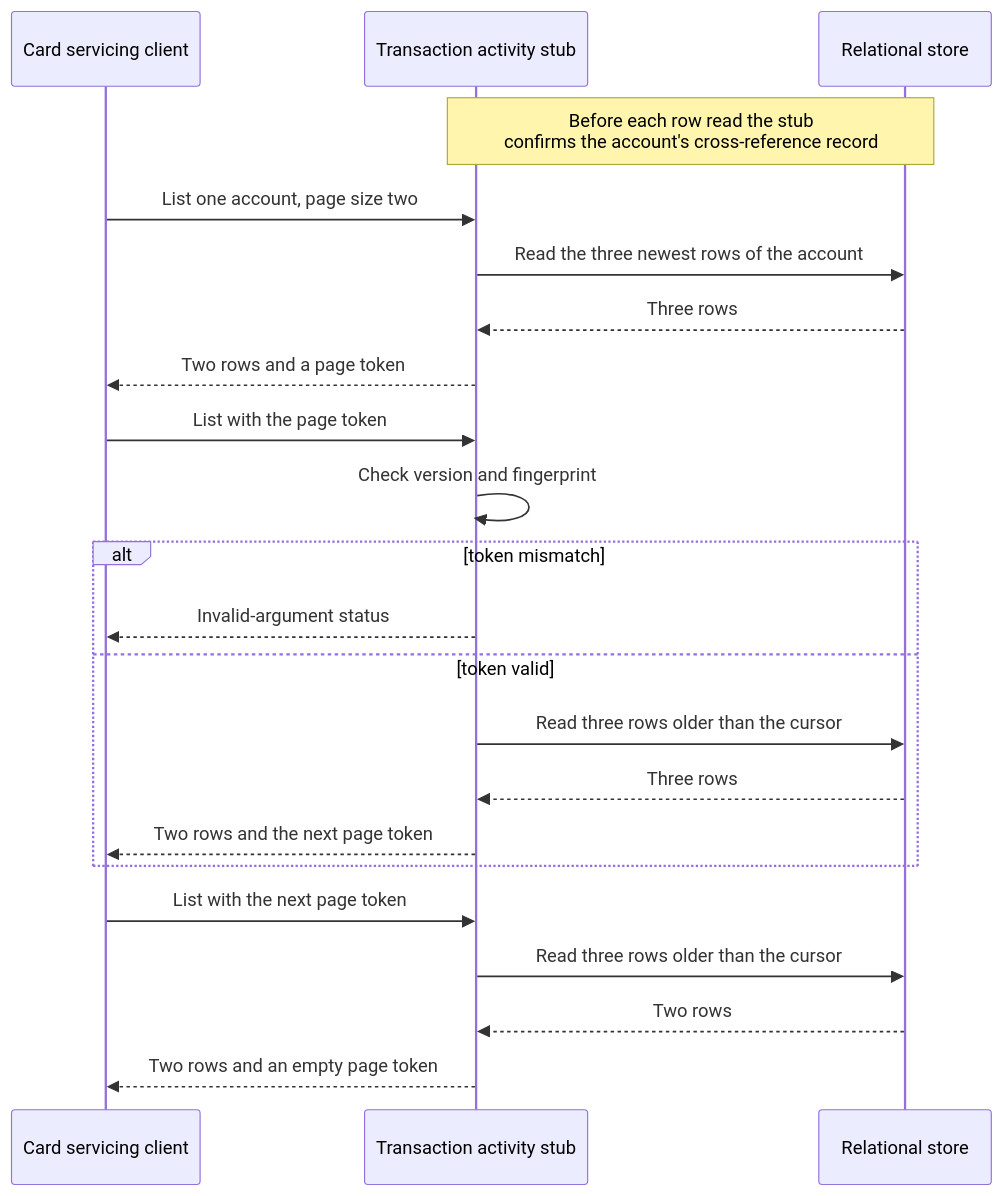
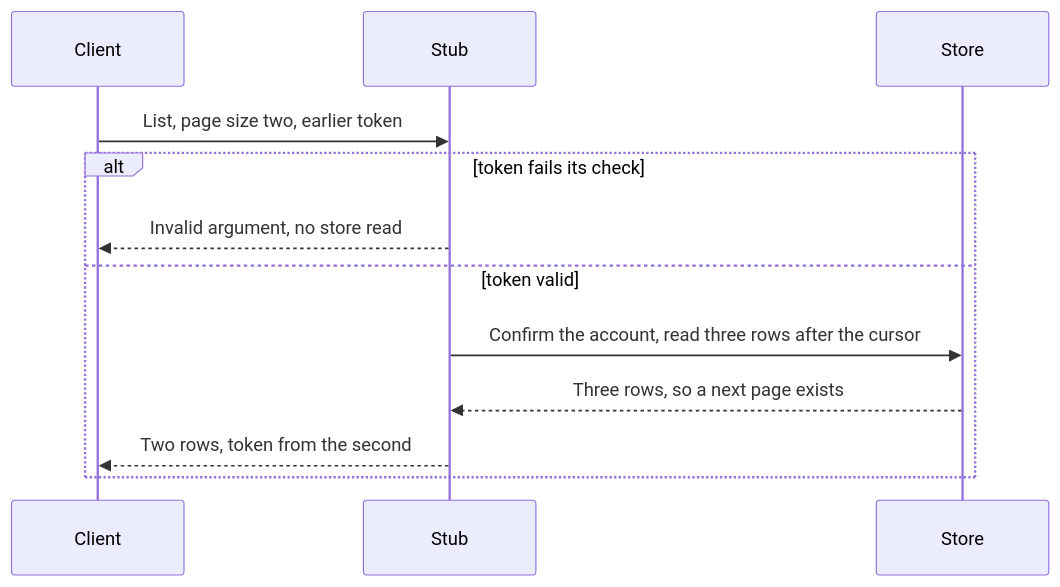
Before and after one commit to blitzy-public-samples/aws-carddemo-blitzy: the diagram in docs/backlog/epics/CS-10-transaction-activity-integration/stories/CS-10-004-transaction-activity-stub-transaction-listing-with-keyset-paging.md, drawn with Mermaid. The commit also changed other lines of this file and 4 other files, not shown here.

````diff
--- a/docs/backlog/epics/CS-10-transaction-activity-integration/stories/CS-10-004-transaction-activity-stub-transaction-listing-with-keyset-paging.md
+++ b/docs/backlog/epics/CS-10-transaction-activity-integration/stories/CS-10-004-transaction-activity-stub-transaction-listing-with-keyset-paging.md
@@ -121,24 +125,11 @@
 ```mermaid
 sequenceDiagram
-    participant Client as Card servicing client
-    participant Stub as Transaction activity stub
-    participant Store as Relational store
-    Note over Stub,Store: Before each row read the stub<br/>confirms the account's cross-reference record
-    Client->>Stub: List one account, page size two
-    Stub->>Store: Read the three newest rows of the account
-    Store-->>Stub: Three rows
-    Stub-->>Client: Two rows and a page token
-    Client->>Stub: List with the page token
-    Stub->>Stub: Check version and fingerprint
-    alt token mismatch
-        Stub-->>Client: Invalid-argument status
+    Client->>Stub: List, page size two, earlier token
+    alt token fails its check
+        Stub-->>Client: Invalid argument, no store read
     else token valid
-        Stub->>Store: Read three rows older than the cursor
-        Store-->>Stub: Three rows
-        Stub-->>Client: Two rows and the next page token
+        Stub->>Store: Confirm the account, read three rows after the cursor
+        Store-->>Stub: Three rows, so a next page exists
+        Stub-->>Client: Two rows, token from the second
     end
-    Client->>Stub: List with the next page token
-    Stub->>Store: Read three rows older than the cursor
-    Store-->>Stub: Two rows
-    Stub-->>Client: Two rows and an empty page token
 ```
````
